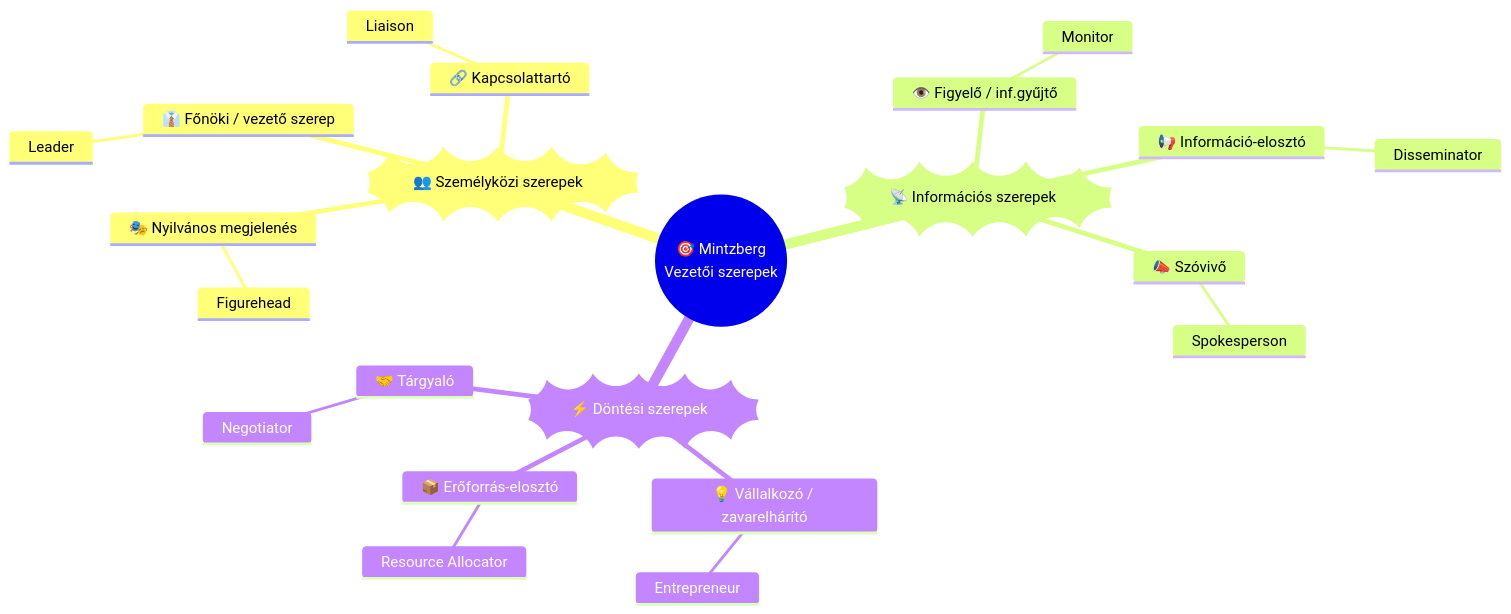
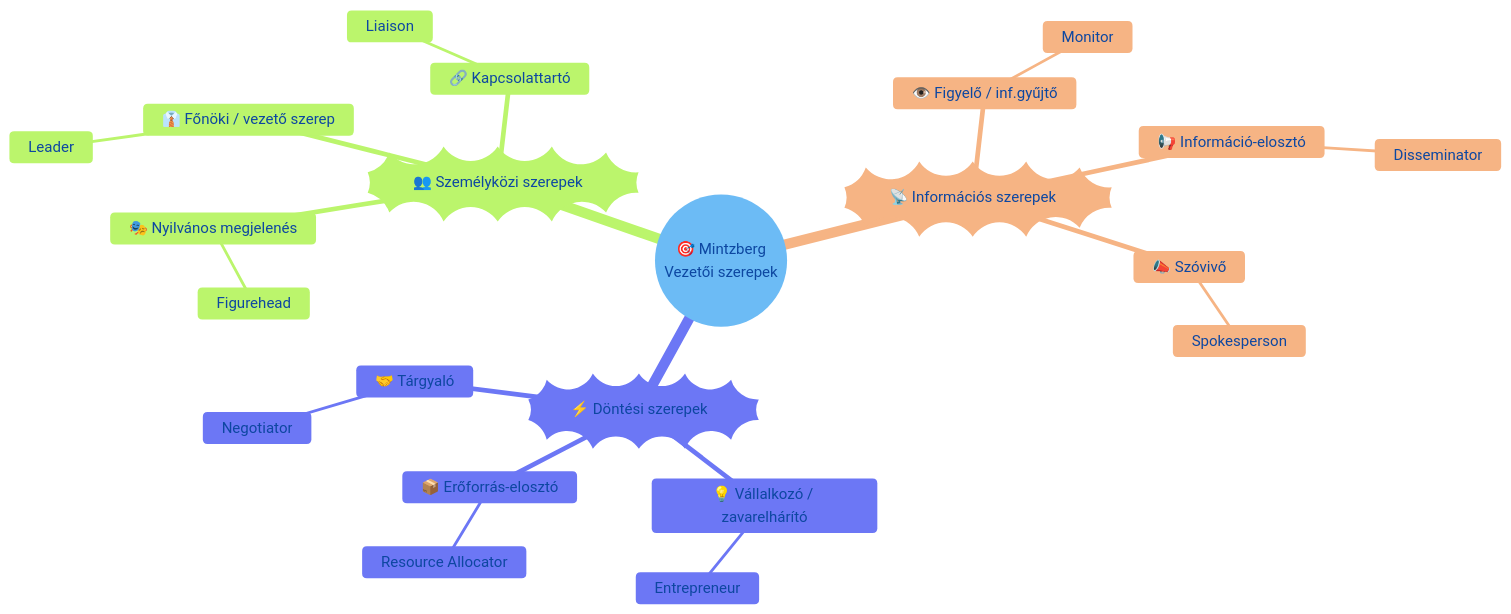
Before and after one commit to denespocsik/MM_BSC_Zarovizsga: the diagram in Tételek/K11-GMXHR1MBLF-Vezetés fogalma és vezetői szerepek.tétel.md, drawn with Mermaid. The commit also changed 34 other files, not shown here.

First line of the commit message:
style(tételek): egységes vizuális arculat a Mermaid-diagramokhoz

````diff
--- a/Tételek/K11-GMXHR1MBLF-Vezetés fogalma és vezetői szerepek.tétel.md
+++ b/Tételek/K11-GMXHR1MBLF-Vezetés fogalma és vezetői szerepek.tétel.md
@@ -15,26 +15,27 @@
 ```mermaid
+%%{init: {'theme':'base','themeVariables':{'primaryColor':'#e3f2fd','primaryBorderColor':'#1565c0','primaryTextColor':'#0d47a1','lineColor':'#546e7a','fontFamily':'inherit'}}}%%
 mindmap
   root((🎯 Mintzberg
     Vezetői szerepek))
     ))👥 Személyközi szerepek((
       🎭 Nyilvános megjelenés
         Figurehead
       👔 Főnöki / vezető szerep
         Leader
       🔗 Kapcsolattartó
         Liaison
     ))📡 Információs szerepek((
       👁️ Figyelő / inf.gyűjtő
         Monitor
       📢 Információ-elosztó
         Disseminator
       📣 Szóvivő
         Spokesperson
     ))⚡ Döntési szerepek((
       💡 Vállalkozó / zavarelhárító
         Entrepreneur
       📦 Erőforrás-elosztó
         Resource Allocator
       🤝 Tárgyaló
         Negotiator
 ```
````
